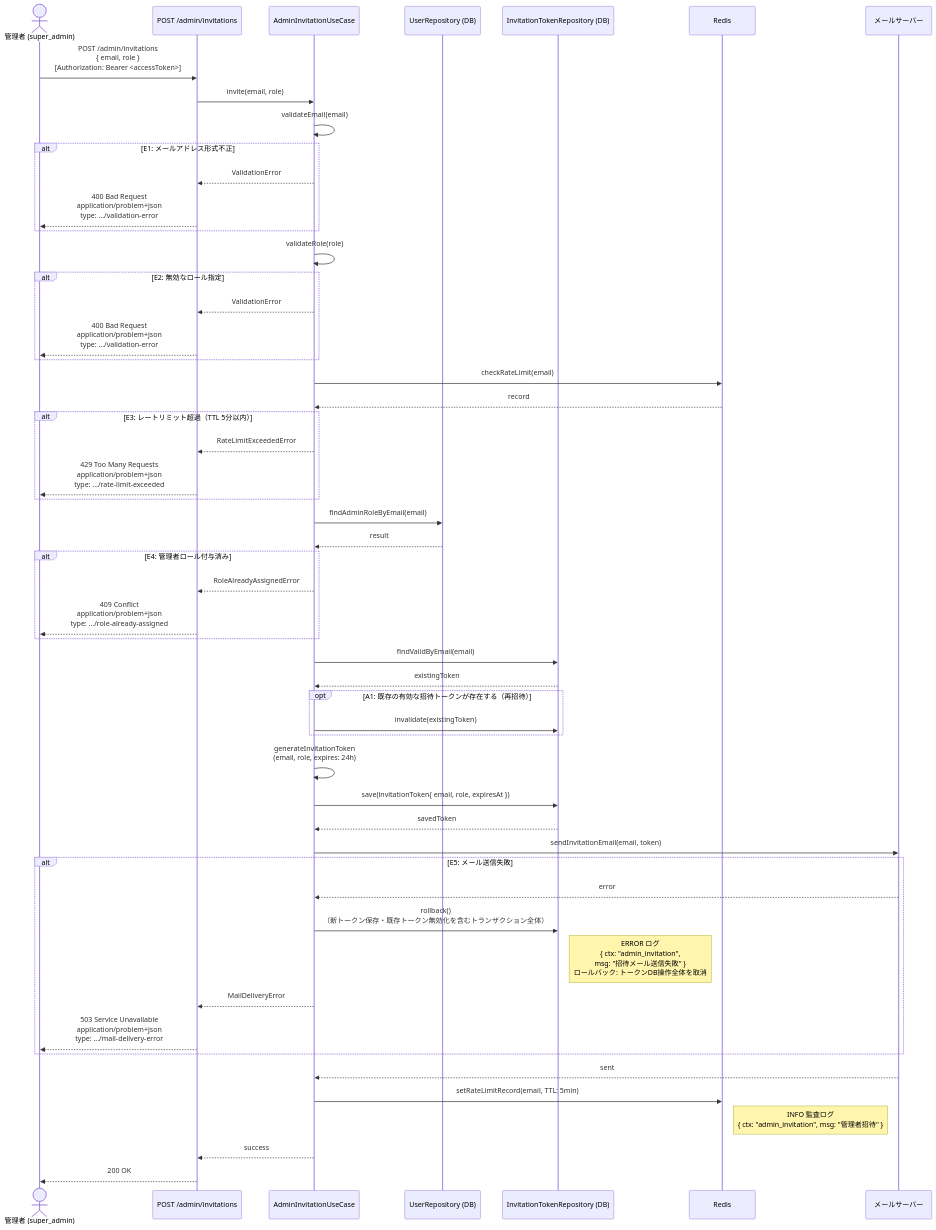
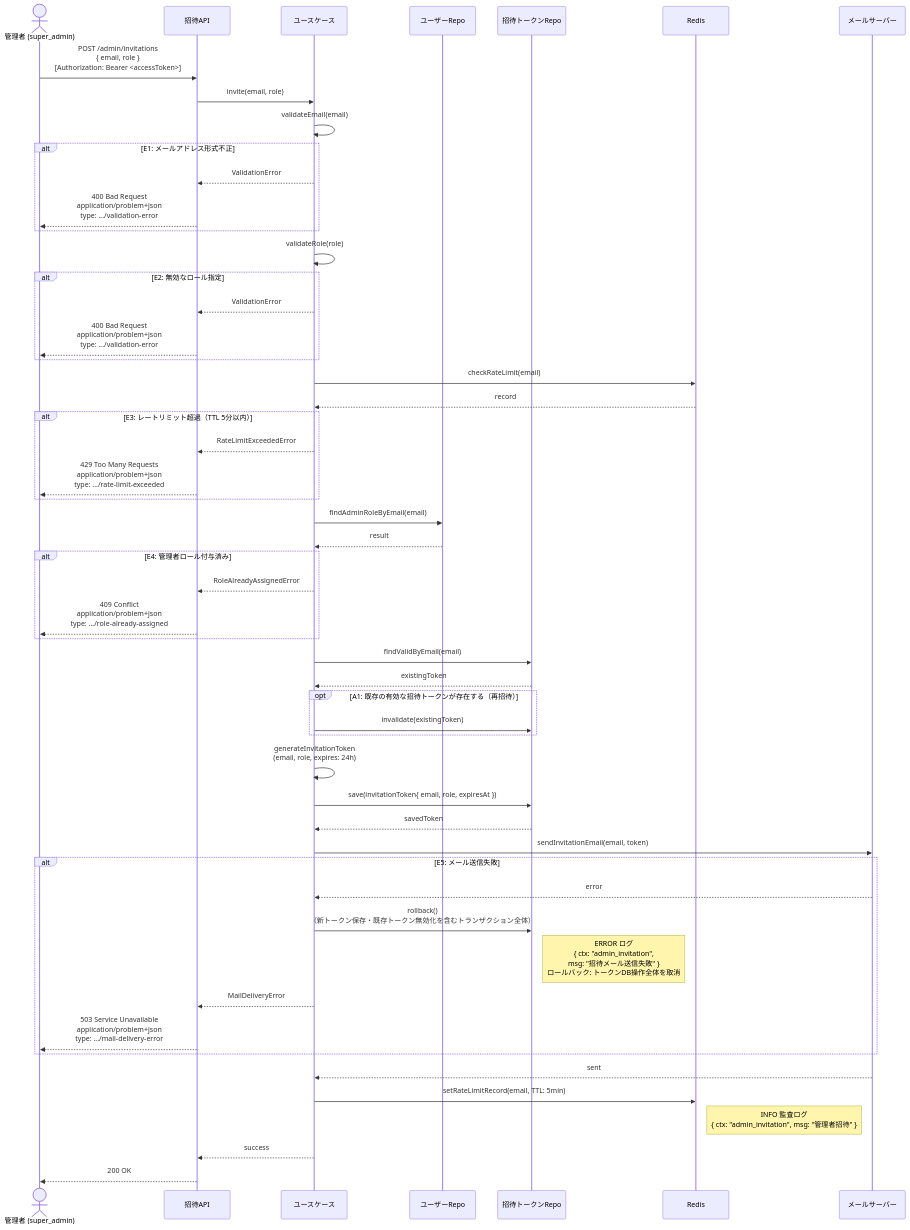
Before and after one commit to suunet/POC_HYDRA_AUTH: the second of 2 diagrams in .docs/design/buc/BUC-A01.md, drawn with Mermaid. The commit also changed 15 other files, not shown here.

````diff
--- a/.docs/design/buc/BUC-A01.md
+++ b/.docs/design/buc/BUC-A01.md
@@ -125,55 +125,55 @@
 ```mermaid
 sequenceDiagram
-  actor 管理者 as 管理者 (super_admin)
-  participant 招待API as POST /admin/invitations
-  participant ユースケース as AdminInvitationUseCase
-  participant ユーザーRepo as UserRepository (DB)
-  participant 招待トークンRepo as InvitationTokenRepository (DB)
+  actor Admin as 管理者 (super_admin)
+  participant InviteAPI as 招待API
+  participant UseCase as ユースケース
+  participant UserRepo as ユーザーRepo
+  participant InviteRepo as 招待トークンRepo
   participant Redis as Redis
-  participant メールサーバー as メールサーバー
-  管理者->>招待API: POST /admin/invitations<br/>{ email, role }<br/>[Authorization: Bearer <accessToken>]
-  招待API->>ユースケース: invite(email, role)
-  ユースケース->>ユースケース: validateEmail(email)
+  participant MailServer as メールサーバー
+  Admin->>InviteAPI: POST /admin/invitations<br/>{ email, role }<br/>[Authorization: Bearer <accessToken>]
+  InviteAPI->>UseCase: invite(email, role)
+  UseCase->>UseCase: validateEmail(email)
   alt E1: メールアドレス形式不正
-  ユースケース-->>招待API: ValidationError
-  招待API-->>管理者: 400 Bad Request<br/>application/problem+json<br/>type: .../validation-error
+  UseCase-->>InviteAPI: ValidationError
+  InviteAPI-->>Admin: 400 Bad Request<br/>application/problem+json<br/>type: .../validation-error
   end
-  ユースケース->>ユースケース: validateRole(role)
+  UseCase->>UseCase: validateRole(role)
   alt E2: 無効なロール指定
-  ユースケース-->>招待API: ValidationError
-  招待API-->>管理者: 400 Bad Request<br/>application/problem+json<br/>type: .../validation-error
+  UseCase-->>InviteAPI: ValidationError
+  InviteAPI-->>Admin: 400 Bad Request<br/>application/problem+json<br/>type: .../validation-error
   end
-  ユースケース->>Redis: checkRateLimit(email)
-  Redis-->>ユースケース: record
+  UseCase->>Redis: checkRateLimit(email)
+  Redis-->>UseCase: record
   alt E3: レートリミット超過（TTL 5分以内）
-  ユースケース-->>招待API: RateLimitExceededError
-  招待API-->>管理者: 429 Too Many Requests<br/>application/problem+json<br/>type: .../rate-limit-exceeded
+  UseCase-->>InviteAPI: RateLimitExceededError
+  InviteAPI-->>Admin: 429 Too Many Requests<br/>application/problem+json<br/>type: .../rate-limit-exceeded
   end
-  ユースケース->>ユーザーRepo: findAdminRoleByEmail(email)
-  ユーザーRepo-->>ユースケース: result
+  UseCase->>UserRepo: findAdminRoleByEmail(email)
+  UserRepo-->>UseCase: result
   alt E4: 管理者ロール付与済み
-  ユースケース-->>招待API: RoleAlreadyAssignedError
-  招待API-->>管理者: 409 Conflict<br/>application/problem+json<br/>type: .../role-already-assigned
+  UseCase-->>InviteAPI: RoleAlreadyAssignedError
+  InviteAPI-->>Admin: 409 Conflict<br/>application/problem+json<br/>type: .../role-already-assigned
   end
-  ユースケース->>招待トークンRepo: findValidByEmail(email)
-  招待トークンRepo-->>ユースケース: existingToken
+  UseCase->>InviteRepo: findValidByEmail(email)
+  InviteRepo-->>UseCase: existingToken
   opt A1: 既存の有効な招待トークンが存在する（再招待）
-  ユースケース->>招待トークンRepo: invalidate(existingToken)
+  UseCase->>InviteRepo: invalidate(existingToken)
   end
-  ユースケース->>ユースケース: generateInvitationToken<br/>(email, role, expires: 24h)
-  ユースケース->>招待トークンRepo: save(invitationToken{ email, role, expiresAt })
-  招待トークンRepo-->>ユースケース: savedToken
-  ユースケース->>メールサーバー: sendInvitationEmail(email, token)
+  UseCase->>UseCase: generateInvitationToken<br/>(email, role, expires: 24h)
+  UseCase->>InviteRepo: save(invitationToken{ email, role, expiresAt })
+  InviteRepo-->>UseCase: savedToken
+  UseCase->>MailServer: sendInvitationEmail(email, token)
   alt E5: メール送信失敗
-  メールサーバー-->>ユースケース: error
-  ユースケース->>招待トークンRepo: rollback()<br/>（新トークン保存・既存トークン無効化を含むトランザクション全体）
-  Note right of 招待トークンRepo: ERROR ログ<br/>{ ctx: "admin_invitation",<br/>msg: "招待メール送信失敗" }<br/>ロールバック: トークンDB操作全体を取消
-  ユースケース-->>招待API: MailDeliveryError
-  招待API-->>管理者: 503 Service Unavailable<br/>application/problem+json<br/>type: .../mail-delivery-error
+  MailServer-->>UseCase: error
+  UseCase->>InviteRepo: rollback()<br/>（新トークン保存・既存トークン無効化を含むトランザクション全体）
+  Note right of InviteRepo: ERROR ログ<br/>{ ctx: "admin_invitation",<br/>msg: "招待メール送信失敗" }<br/>ロールバック: トークンDB操作全体を取消
+  UseCase-->>InviteAPI: MailDeliveryError
+  InviteAPI-->>Admin: 503 Service Unavailable<br/>application/problem+json<br/>type: .../mail-delivery-error
   end
-  メールサーバー-->>ユースケース: sent
-  ユースケース->>Redis: setRateLimitRecord(email, TTL: 5min)
+  MailServer-->>UseCase: sent
+  UseCase->>Redis: setRateLimitRecord(email, TTL: 5min)
   Note right of Redis: INFO 監査ログ<br/>{ ctx: "admin_invitation", msg: "管理者招待" }
-  ユースケース-->>招待API: success
-  招待API-->>管理者: 200 OK
+  UseCase-->>InviteAPI: success
+  InviteAPI-->>Admin: 200 OK
 ```
````
